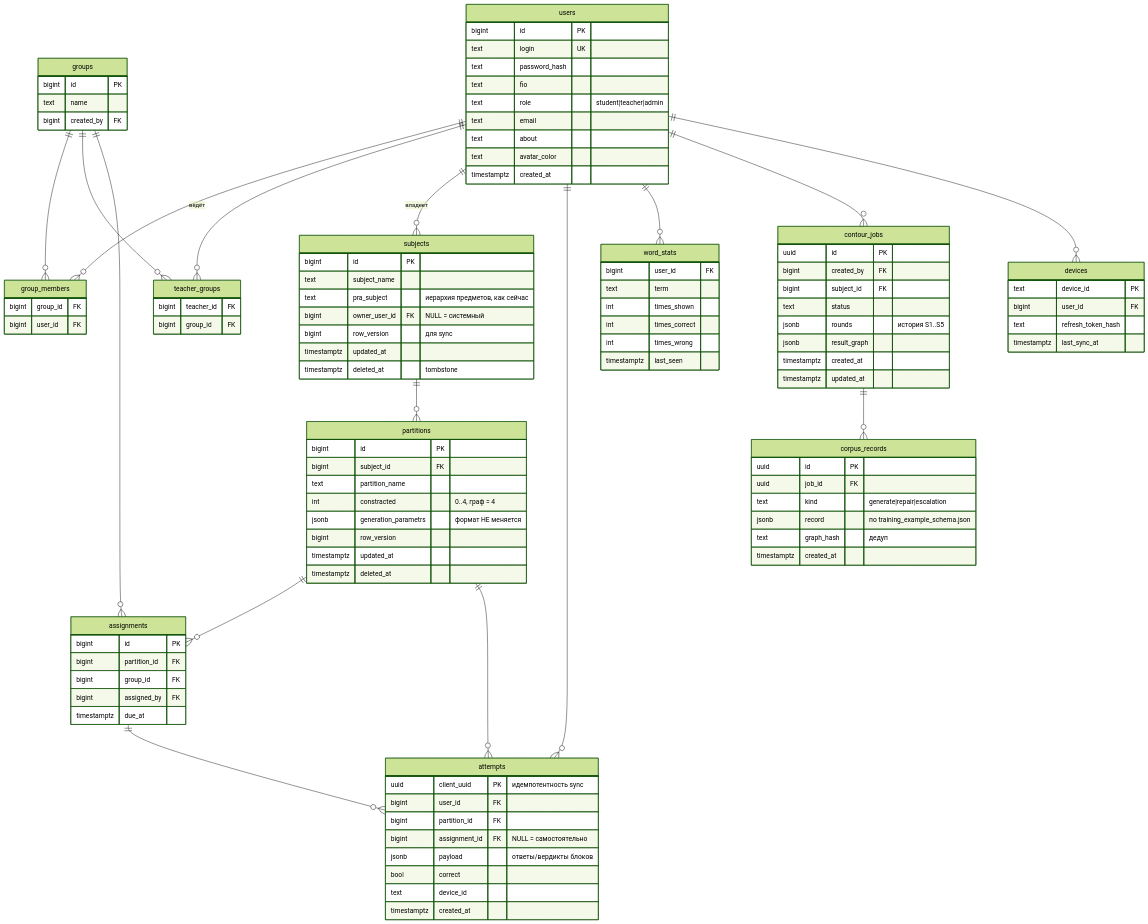
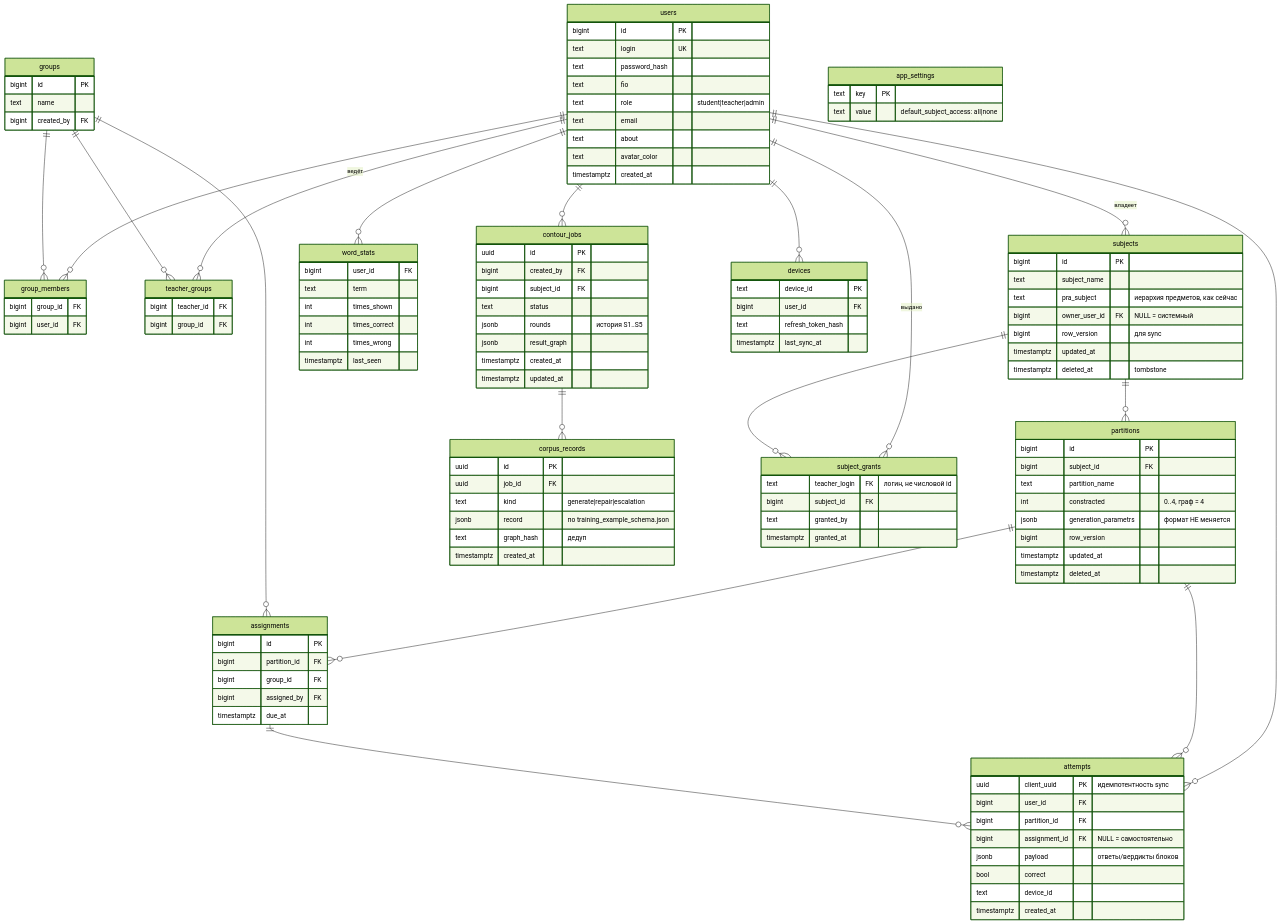
Before and after one commit to ventanolemon/GenerationWeb: the diagram in docs/architecture/rbac_and_data_model.md, drawn with Mermaid (forest theme). The commit also changed other lines of this file and 10 other files, not shown here.

````diff
--- a/docs/architecture/rbac_and_data_model.md
+++ b/docs/architecture/rbac_and_data_model.md
@@ -177,6 +177,16 @@
         text refresh_token_hash
         timestamptz last_sync_at
     }
+    subject_grants {
+        text teacher_login FK "логин, не числовой id"
+        bigint subject_id FK
+        text granted_by
+        timestamptz granted_at
+    }
+    app_settings {
+        text key PK
+        text value "default_subject_access: all|none"
+    }
 
     users ||--o{ group_members : ""
     groups ||--o{ group_members : ""
@@ -193,4 +203,6 @@
     users ||--o{ contour_jobs : ""
     contour_jobs ||--o{ corpus_records : ""
     users ||--o{ devices : ""
+    users ||--o{ subject_grants : "выдано"
+    subjects ||--o{ subject_grants : ""
 ```
````
